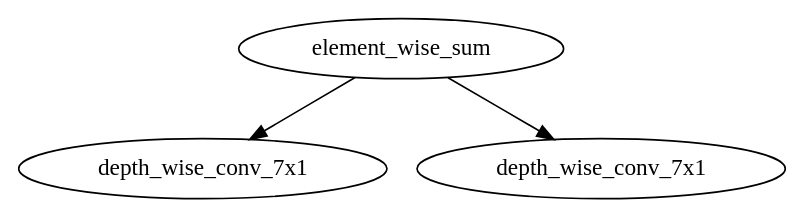
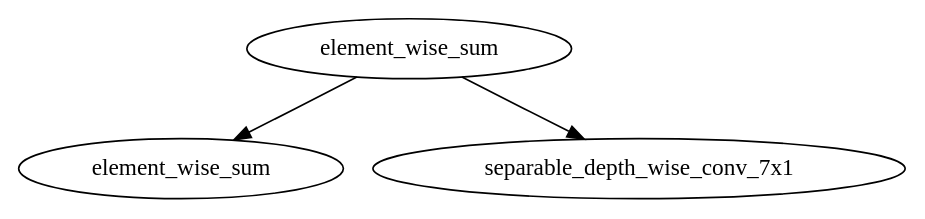
The diagram in geneNas/cifar10.idv_1.ADF_0.gv (huydang2k/genenas_cv_implement), drawn with Graphviz before and after one commit. The commit also changed 2 other files, not shown here.

```diff
--- a/geneNas/cifar10.idv_1.ADF_0.gv
+++ b/geneNas/cifar10.idv_1.ADF_0.gv
@@ -1,8 +1,8 @@
 // Best solution
 digraph {
 	node_1 [label=element_wise_sum]
-	node_2 [label=depth_wise_conv_7x1]
+	node_2 [label=element_wise_sum]
 	node_1 -> node_2
-	node_3 [label=depth_wise_conv_7x1]
+	node_3 [label=separable_depth_wise_conv_7x1]
 	node_1 -> node_3
 }
```
